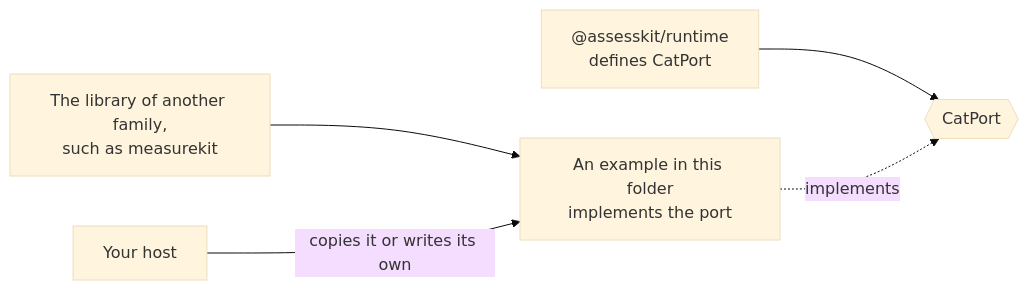
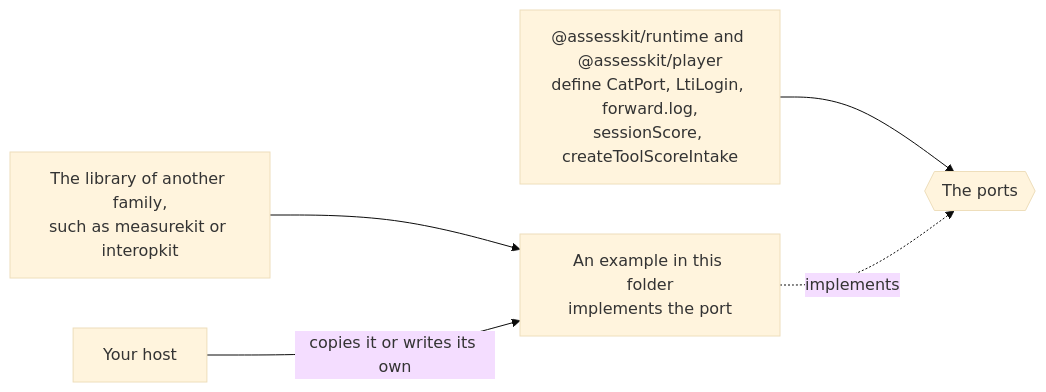
Before and after one commit to assesskit/assesskit: the diagram in examples/player/README.md, drawn with Mermaid (base theme). The commit also changed other lines of this file and 32 other files, not shown here.

First line of the commit message:
Add the example that wires an LTI item, a grade and Caliper events to the ports

````diff
--- a/examples/player/README.md
+++ b/examples/player/README.md
@@ -7,7 +5,7 @@
 ```mermaid
 flowchart LR
-  runtime["@assesskit/runtime<br/>defines CatPort"] --> port{{"CatPort"}}
+  runtime["@assesskit/runtime and @assesskit/player<br/>define CatPort, LtiLogin, forward.log,<br/>sessionScore, createToolScoreIntake"] --> port{{"The ports"}}
   example["An example in this folder<br/>implements the port"] -.->|implements| port
-  library["The library of another family,<br/>such as measurekit"] --> example
+  library["The library of another family,<br/>such as measurekit or interopkit"] --> example
   host["Your host"] -->|"copies it or writes its own"| example
 ```
````
